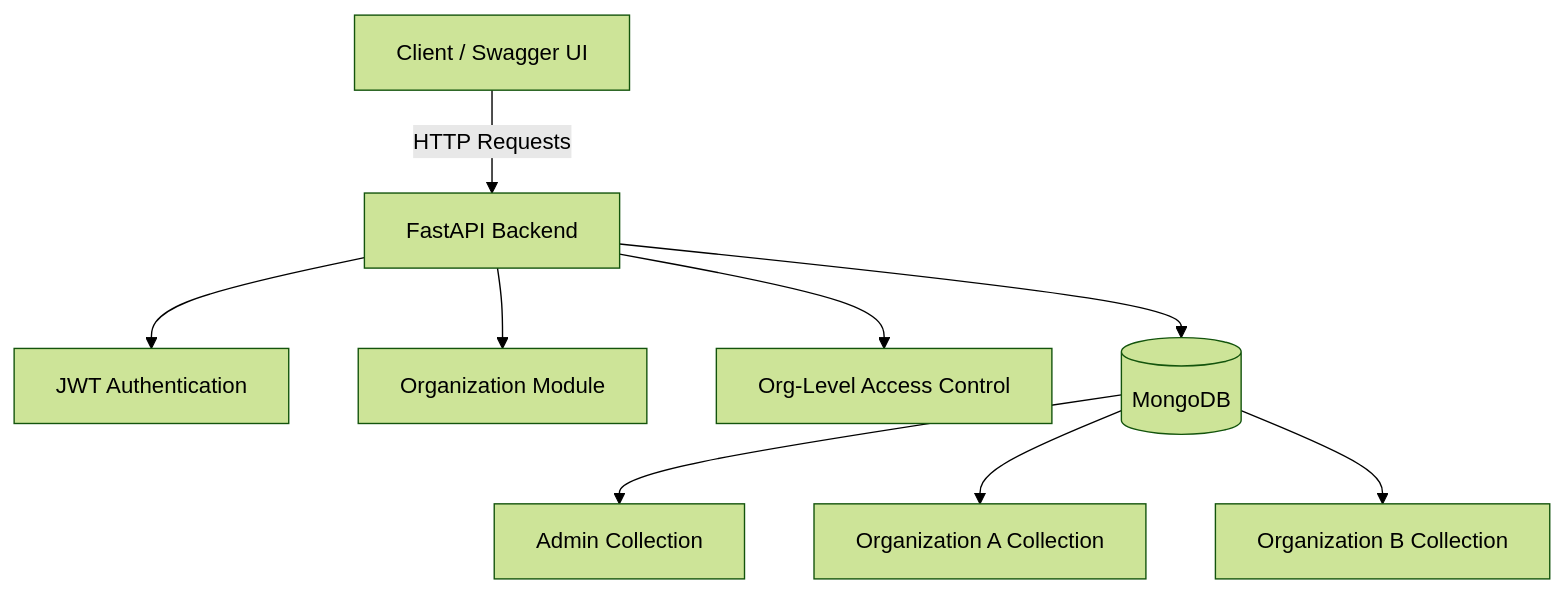
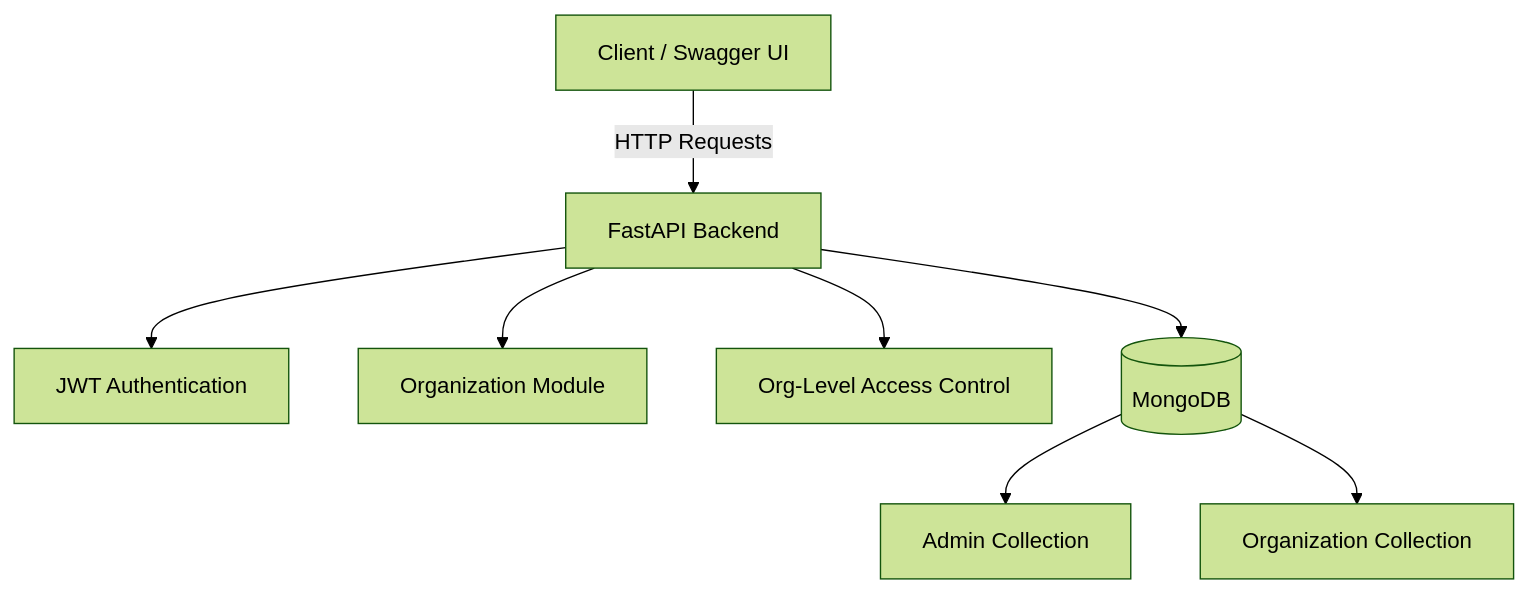
Before and after one commit to azhaar1188/TheWeddingCompany_backend: the diagram in README.md, drawn with Mermaid (forest theme).

Commit message:
Update MongoDB Org reference in README

````diff
--- a/README.md
+++ b/README.md
@@ -50,19 +50,18 @@
 ```mermaid
 flowchart TB
     Client[Client / Swagger UI]
     FastAPI[FastAPI Backend]
     Auth[JWT Authentication]
     Org[Organization Module]
     Access[Org-Level Access Control]
     MongoDB[(MongoDB)]
 
     Client -->|HTTP Requests| FastAPI
     FastAPI --> Auth
     FastAPI --> Org
     FastAPI --> Access
     FastAPI --> MongoDB
 
     MongoDB --> Admin[Admin Collection]
-    MongoDB --> OrgA[Organization A Collection]
-    MongoDB --> OrgB[Organization B Collection]
+    MongoDB --> OrgA[Organization Collection]
 ```
````
